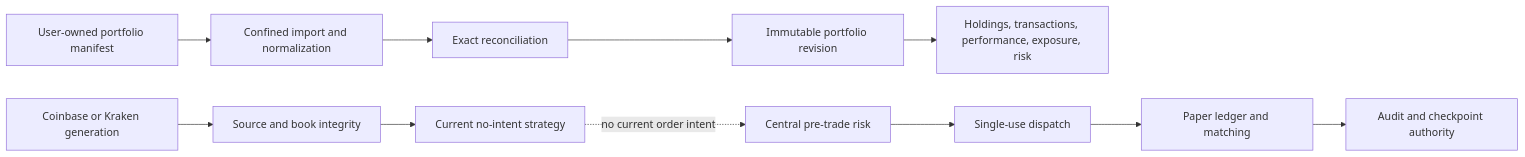
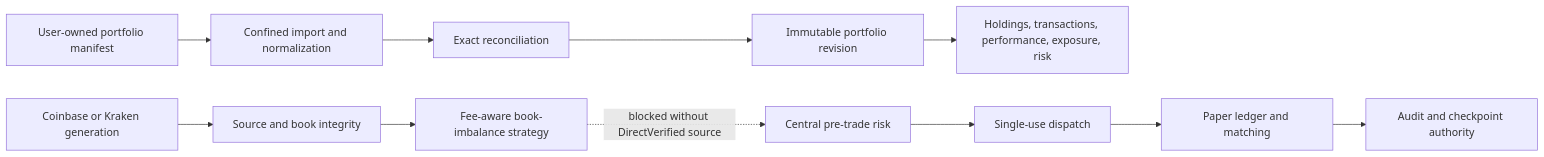
Before and after one commit to Sawmonabo/market-squawk: the diagram in docs/operations/portfolio-and-paper-execution.md, drawn with Mermaid. The commit also changed other lines of this file and 15 other files, not shown here.

````diff
--- a/docs/operations/portfolio-and-paper-execution.md
+++ b/docs/operations/portfolio-and-paper-execution.md
@@ -52,20 +54,20 @@
 ```mermaid
 flowchart LR
     Export["User-owned portfolio manifest"]
     Import["Confined import and normalization"]
     Reconcile["Exact reconciliation"]
     Revision["Immutable portfolio revision"]
     Analytics["Holdings, transactions, performance, exposure, risk"]
 
     Provider["Coinbase or Kraken generation"]
     Integrity["Source and book integrity"]
-    Strategy["Current no-intent strategy"]
+    Strategy["Fee-aware book-imbalance strategy"]
     Risk["Central pre-trade risk"]
     Dispatch["Single-use dispatch"]
     Paper["Paper ledger and matching"]
     Audit["Audit and checkpoint authority"]
 
     Export --> Import --> Reconcile --> Revision --> Analytics
     Provider --> Integrity --> Strategy
-    Strategy -. "no current order intent" .-> Risk --> Dispatch --> Paper --> Audit
+    Strategy -. "blocked without DirectVerified source" .-> Risk --> Dispatch --> Paper --> Audit
 ```
````
